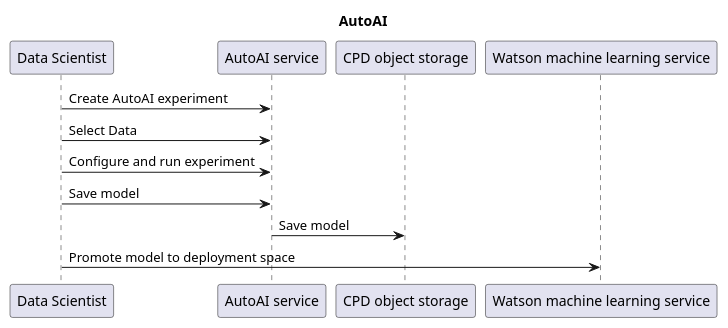
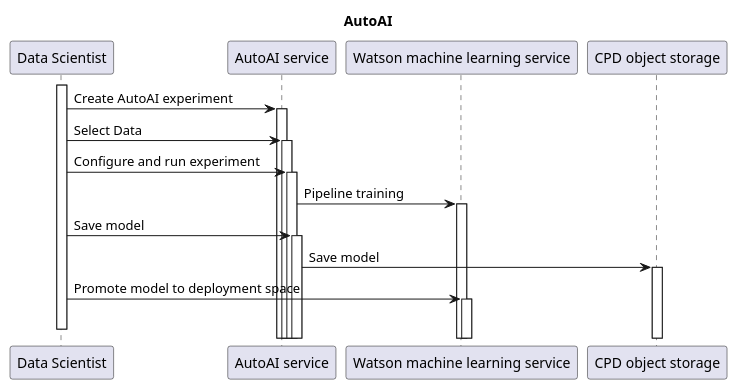
Before and after one commit to IBM/cpd-workshop-health-care: the diagram in scripts/machine-learning-autoai.puml, drawn with PlantUML. The commit also changed 1 other file, not shown here.

Commit message:
Update AutoAI sequence diagram.

```diff
--- a/scripts/machine-learning-autoai.puml
+++ b/scripts/machine-learning-autoai.puml
@@ -1,12 +1,16 @@
-@startuml machine-learning-autoai 
+@startuml machine-learning-autoai
+autoactivate on
 
 Title AutoAI
-
+activate "Data Scientist"
 "Data Scientist" -> "AutoAI service" : Create AutoAI experiment
 "Data Scientist" -> "AutoAI service" : Select Data
 "Data Scientist" -> "AutoAI service" : Configure and run experiment
+"AutoAI service" -> "Watson machine learning service" : Pipeline training
 "Data Scientist" -> "AutoAI service" : Save model
 "AutoAI service" -> "CPD object storage" : Save model
+
 "Data Scientist" -> "Watson machine learning service" : Promote model to deployment space
 
+deactivate "Data Scientist"
 @enduml
```
